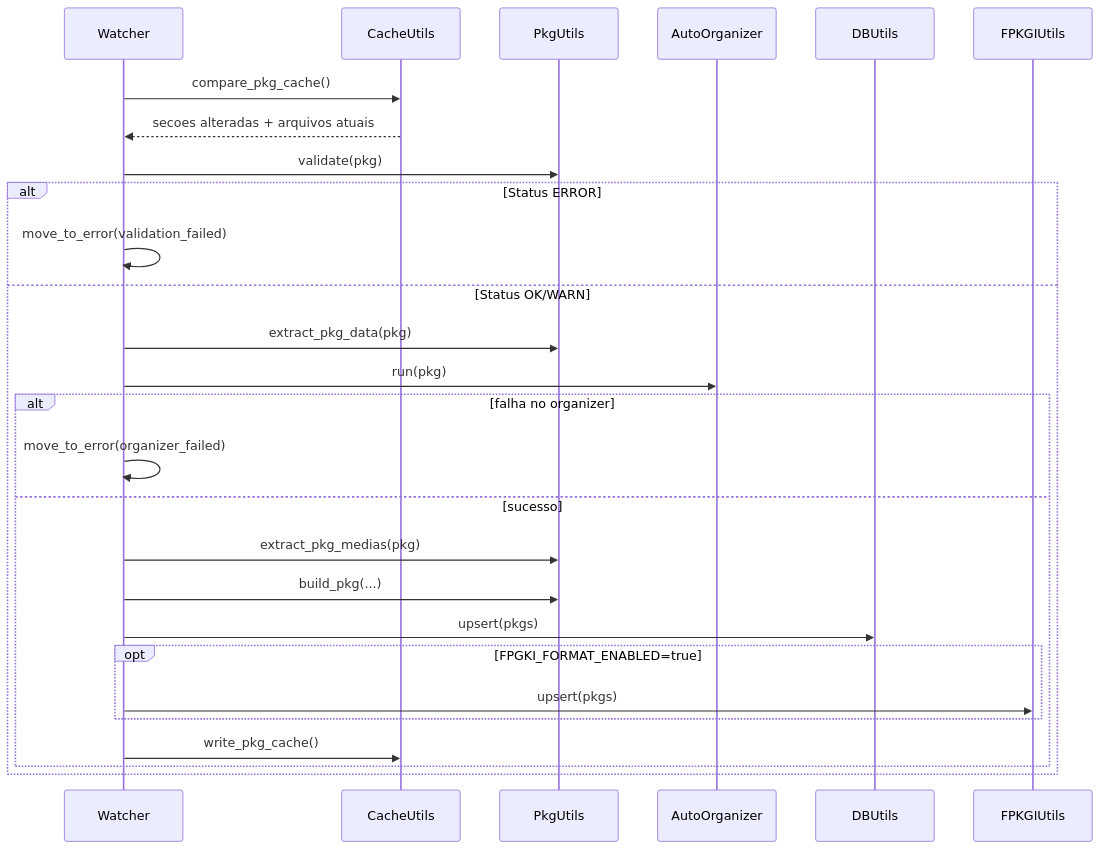
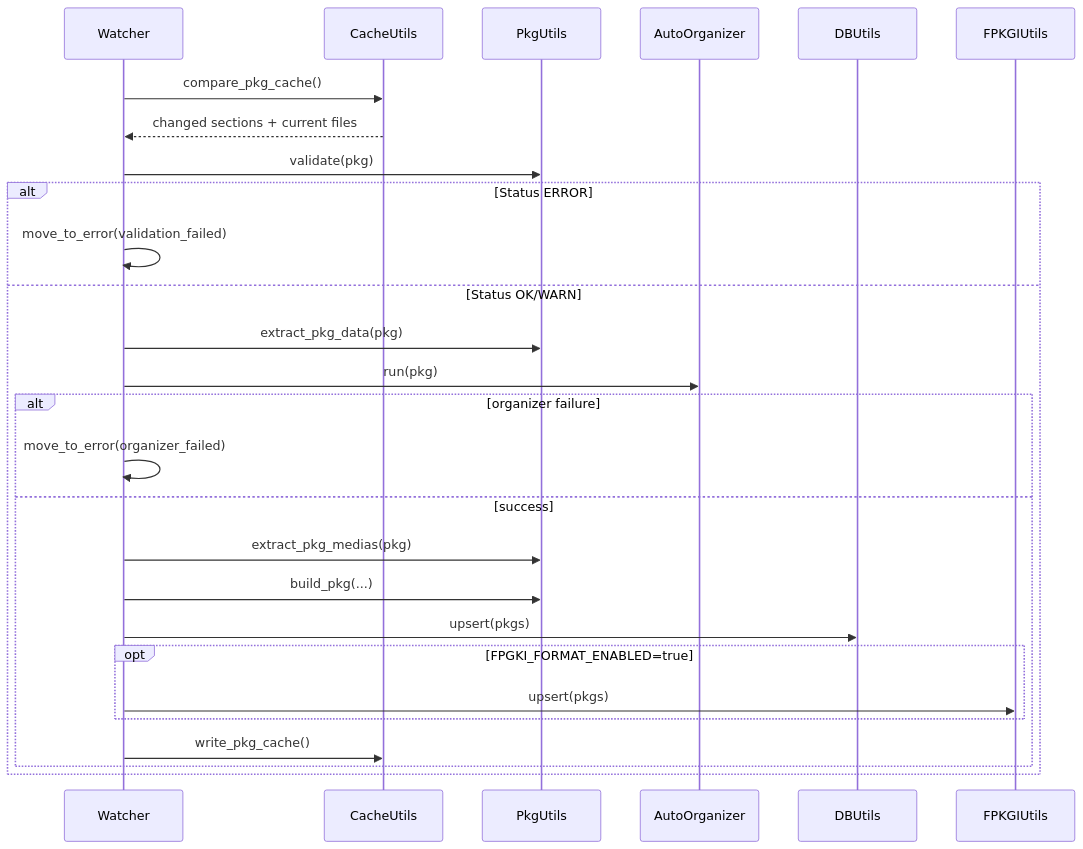
One commit to fabiocdo/homebrew-cdn-m1-server changed the second of 2 diagrams in README.md. Above: the diagram before and after it, drawn with Mermaid. The commit also changed other lines of this file and 2 other files, not shown here.

````diff
--- a/README.md
+++ b/README.md
@@ -196,30 +196,30 @@
 ```mermaid
 sequenceDiagram
     participant W as Watcher
     participant C as CacheUtils
     participant P as PkgUtils
     participant A as AutoOrganizer
     participant D as DBUtils
     participant F as FPKGIUtils
 
     W->>C: compare_pkg_cache()
-    C-->>W: secoes alteradas + arquivos atuais
+    C-->>W: changed sections + current files
     W->>P: validate(pkg)
     alt Status ERROR
         W->>W: move_to_error(validation_failed)
     else Status OK/WARN
         W->>P: extract_pkg_data(pkg)
         W->>A: run(pkg)
-        alt falha no organizer
+        alt organizer failure
             W->>W: move_to_error(organizer_failed)
-        else sucesso
+        else success
             W->>P: extract_pkg_medias(pkg)
             W->>P: build_pkg(...)
             W->>D: upsert(pkgs)
             opt FPGKI_FORMAT_ENABLED=true
                 W->>F: upsert(pkgs)
             end
             W->>C: write_pkg_cache()
         end
     end
 ```
````
